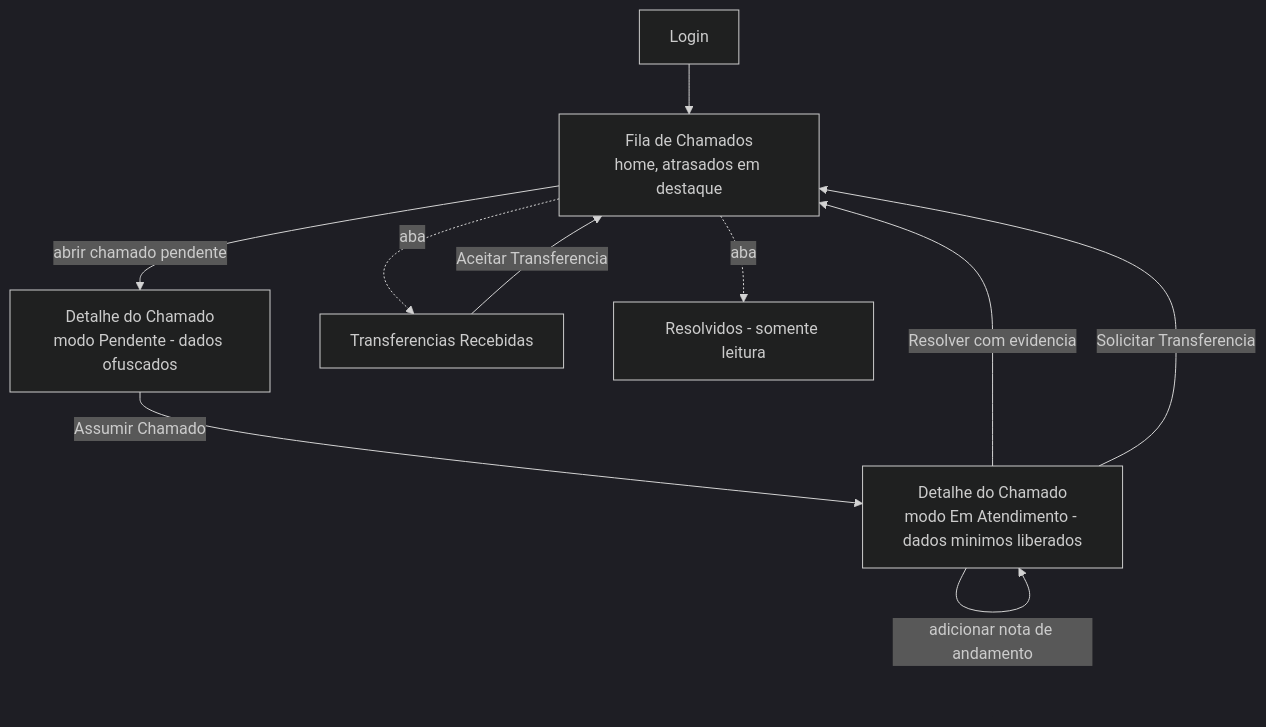
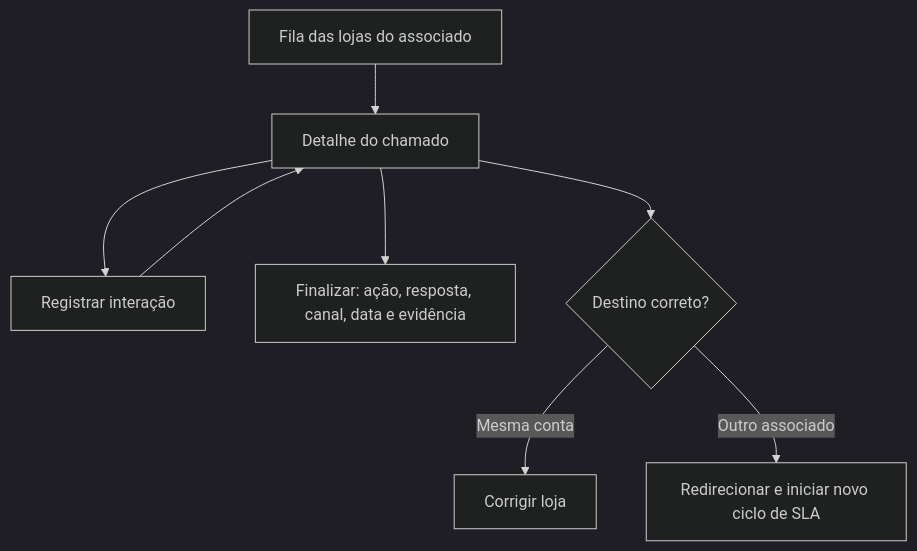
The diagram in site/docs/04-fluxos-de-navegacao/03-associado.md (fabriciomedeiros-dev/SAC), drawn with Mermaid (dark theme) before and after one commit. The commit also changed other lines of this file and 19 other files, not shown here.

````diff
--- a/site/docs/04-fluxos-de-navegacao/03-associado.md
+++ b/site/docs/04-fluxos-de-navegacao/03-associado.md
@@ -12,16 +10,10 @@
 ```mermaid
 flowchart TD
-    Login[Login] --> Fila[Fila de Chamados\nhome, atrasados em destaque]
-
-    Fila -->|abrir chamado pendente| DetPend[Detalhe do Chamado\nmodo Pendente - dados ofuscados]
-    DetPend -->|Assumir Chamado| DetAtend[Detalhe do Chamado\nmodo Em Atendimento - dados minimos liberados]
-
-    DetAtend -->|adicionar nota de andamento| DetAtend
-    DetAtend -->|Resolver com evidencia| Fila
-    DetAtend -->|Solicitar Transferencia| Fila
-
-    Fila -.aba.-> Transf[Transferencias Recebidas]
-    Transf -->|Aceitar Transferencia| Fila
-
-    Fila -.aba.-> Resolvidos[Resolvidos - somente leitura]
+  Fila[Fila das lojas do associado] --> Detalhe[Detalhe do chamado]
+  Detalhe --> Interacao[Registrar interação]
+  Interacao --> Detalhe
+  Detalhe --> Finalizar[Finalizar: ação, resposta, canal, data e evidência]
+  Detalhe --> Corrigir{Destino correto?}
+  Corrigir -->|Mesma conta| Loja[Corrigir loja]
+  Corrigir -->|Outro associado| Redirecionar[Redirecionar e iniciar novo ciclo de SLA]
 ```
````
